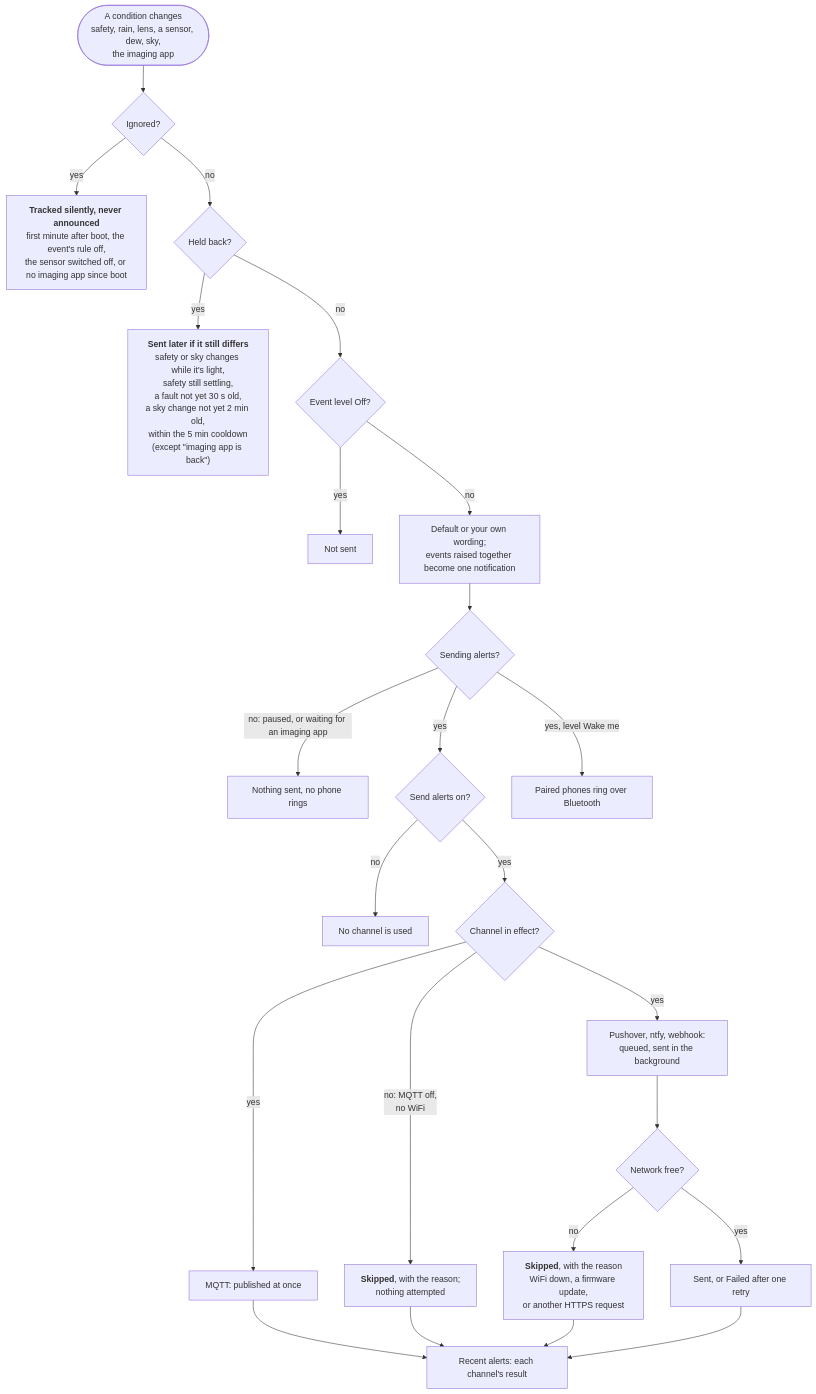
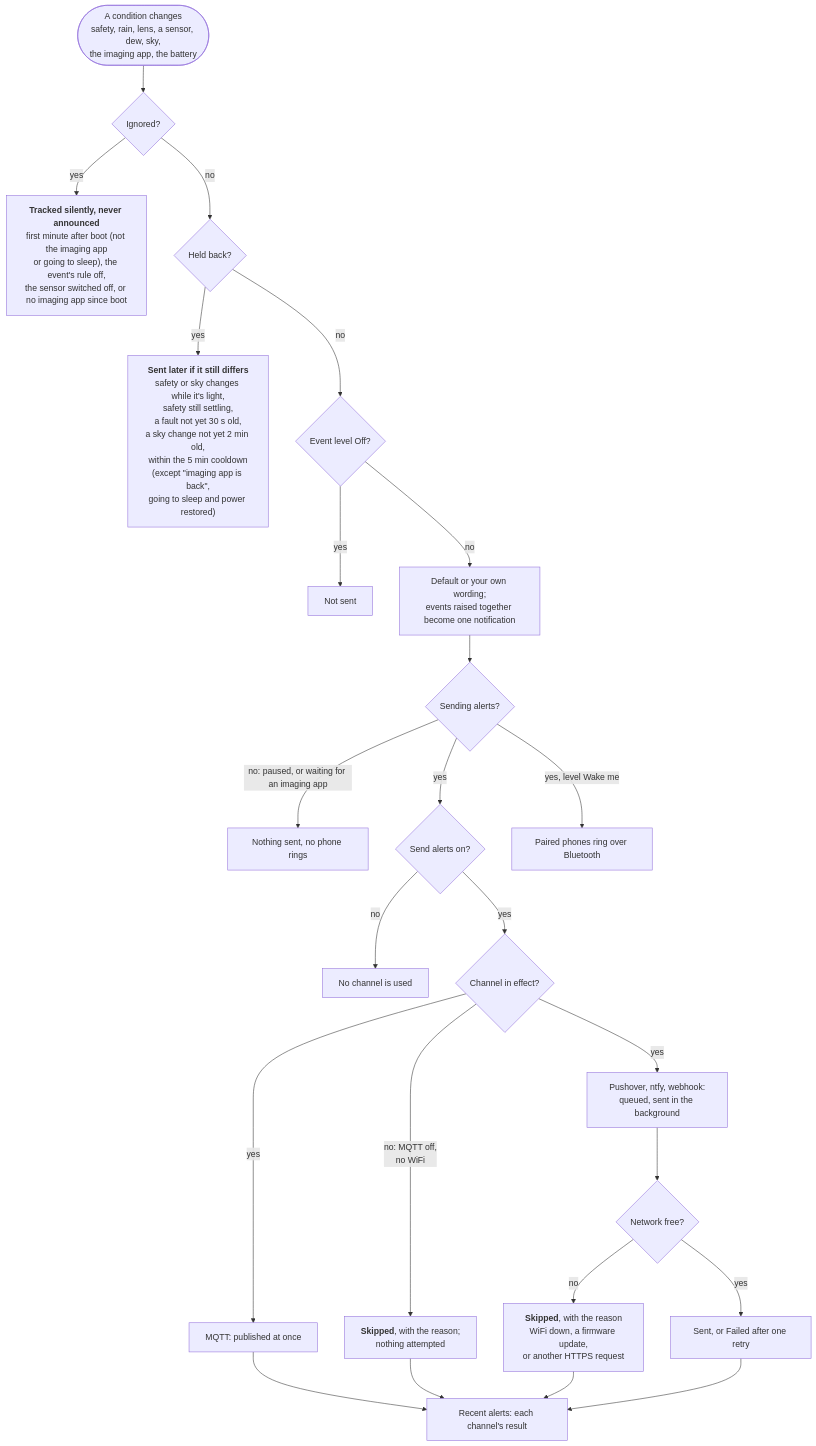
The diagram in docs/user-guide/alerts.md (DeanJ87/SQMeter), drawn with Mermaid before and after one commit. The commit also changed other lines of this file and 12 other files, not shown here.

Commit message:
docs(032): battery guide, travel board hardware, configuration, MQTT, REST, WebSocket, BLE, alerts and Alpaca; diagrams checked

````diff
--- a/docs/user-guide/alerts.md
+++ b/docs/user-guide/alerts.md
@@ -18,28 +18,28 @@
 ```mermaid
 flowchart TB
     accTitle: Why an alert does or doesn't arrive
     accDescr: Each second the device compares every condition with what you were last told. A change can be tracked silently, held back for now, or dropped by its level; otherwise it is worded and, if alerts are on, sent to every enabled channel unless alerts are paused, with each channel's result recorded.
-    CHANGE(["A condition changes<br/>safety, rain, lens, a sensor, dew, sky,<br/>the imaging app"]) --> SILENT{"Ignored?"}
-    SILENT -->|yes| TRACKED["<b>Tracked silently, never announced</b><br/>first minute after boot, the event's rule off,<br/>the sensor switched off, or no imaging app since boot"]
+    CHANGE(["A condition changes<br/>safety, rain, lens, a sensor, dew, sky,<br/>the imaging app, the battery"]) --> SILENT{"Ignored?"}
+    SILENT -->|yes| TRACKED["<b>Tracked silently, never announced</b><br/>first minute after boot (not the imaging app<br/>or going to sleep), the event's rule off,<br/>the sensor switched off, or no imaging app since boot"]
     SILENT -->|no| HELD{"Held back?"}
-    HELD -->|yes| LATER["<b>Sent later if it still differs</b><br/>safety or sky changes while it's light,<br/>safety still settling,<br/>a fault not yet 30 s old,<br/>a sky change not yet 2 min old,<br/>within the 5 min cooldown<br/>(except &quot;imaging app is back&quot;)"]
+    HELD -->|yes| LATER["<b>Sent later if it still differs</b><br/>safety or sky changes while it's light,<br/>safety still settling,<br/>a fault not yet 30 s old,<br/>a sky change not yet 2 min old,<br/>within the 5 min cooldown<br/>(except &quot;imaging app is back&quot;,<br/>going to sleep and power restored)"]
     HELD -->|no| LEVEL{"Event level Off?"}
     LEVEL -->|yes| DROPPED["Not sent"]
     LEVEL -->|no| WORDING["Default or your own wording;<br/>events raised together become one notification"]
     WORDING --> ON{"Sending alerts?"}
     ON -->|"no: paused, or waiting for an imaging app"| NOTHING["Nothing sent, no phone rings"]
     ON -->|yes| MASTER{"Send alerts on?"}
     ON -->|"yes, level Wake me"| BLE["Paired phones ring over Bluetooth"]
     MASTER -->|no| NOPUSH["No channel is used"]
     MASTER -->|yes| INEFFECT{"Channel in effect?"}
     INEFFECT -->|"no: MQTT off,<br/>no WiFi"| INACTIVE["<b>Skipped</b>, with the reason;<br/>nothing attempted"]
     INEFFECT -->|yes| MQTT["MQTT: published at once"]
     INEFFECT -->|yes| HTTP["Pushover, ntfy, webhook:<br/>queued, sent in the background"]
     HTTP --> CANSEND{"Network free?"}
     CANSEND -->|no| SKIPPED["<b>Skipped</b>, with the reason<br/>WiFi down, a firmware update,<br/>or another HTTPS request"]
     CANSEND -->|yes| SENT["Sent, or Failed after one retry"]
     MQTT --> RECENT["Recent alerts: each channel's result"]
     INACTIVE --> RECENT
     SKIPPED --> RECENT
     SENT --> RECENT
 ```
````
